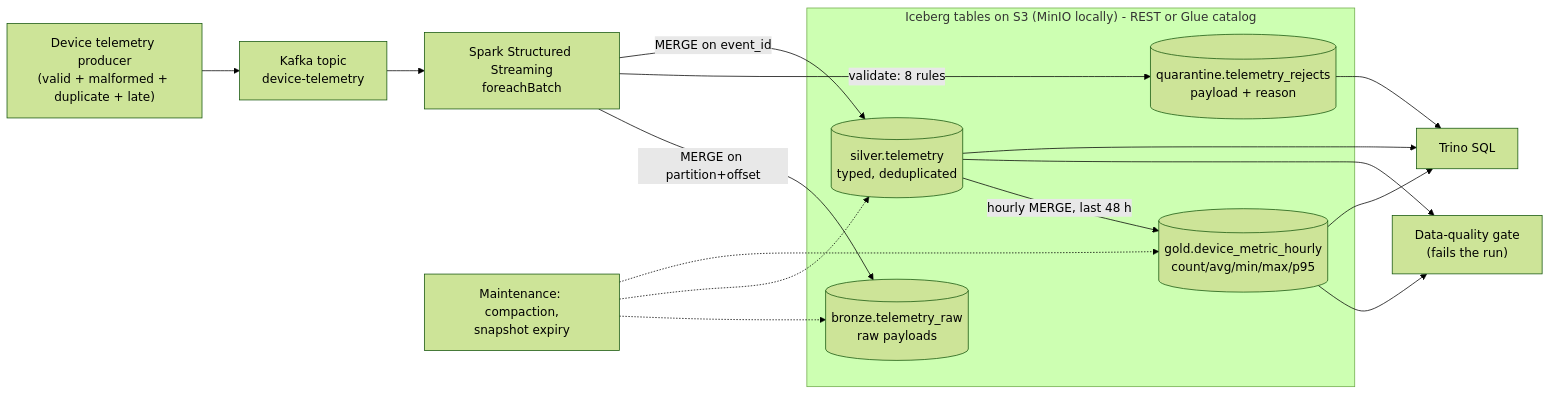
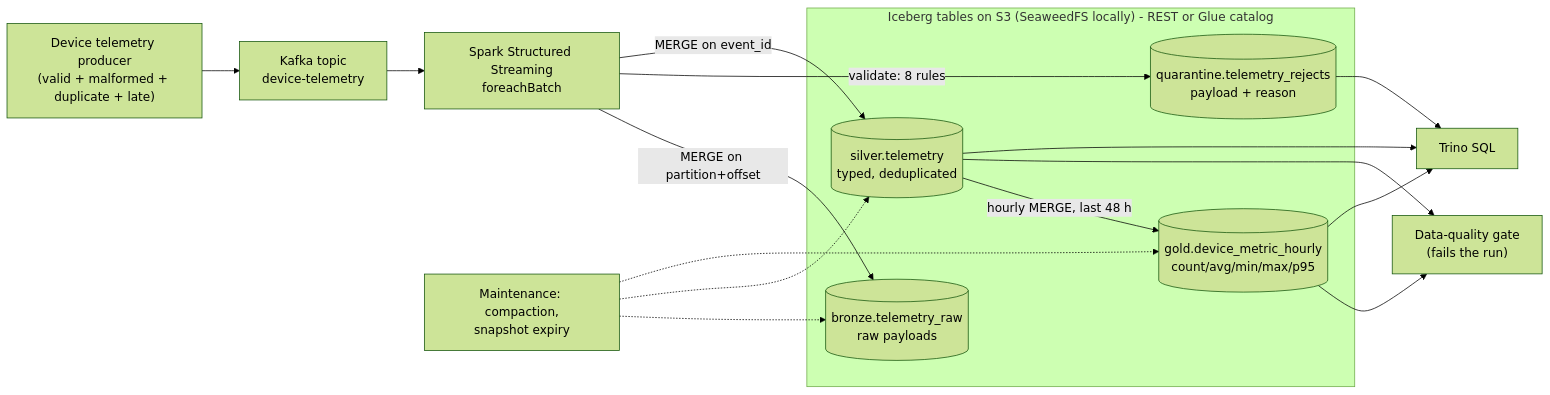
One commit to ravishekharg/streaming-data-platform changed the diagram in README.md. Above: the diagram before and after it, drawn with Mermaid (forest theme). The commit also changed other lines of this file and 7 other files, not shown here.

Commit message:
Local S3: SeaweedFS instead of MinIO (Docker Hub images withdrawn)

````diff
--- a/README.md
+++ b/README.md
@@ -12,18 +12,18 @@
 ```mermaid
 flowchart LR
   dev["Device telemetry producer<br/>(valid + malformed + duplicate + late)"] --> k["Kafka topic<br/>device-telemetry"]
   k --> ss["Spark Structured Streaming<br/>foreachBatch"]
   ss -->|"MERGE on partition+offset"| b[("bronze.telemetry_raw<br/>raw payloads")]
   ss -->|"validate: 8 rules"| q[("quarantine.telemetry_rejects<br/>payload + reason")]
   ss -->|"MERGE on event_id"| s[("silver.telemetry<br/>typed, deduplicated")]
   s -->|"hourly MERGE, last 48 h"| g[("gold.device_metric_hourly<br/>count/avg/min/max/p95")]
   s & g --> dq["Data-quality gate<br/>(fails the run)"]
   g & s & q --> t["Trino SQL"]
   m["Maintenance: compaction,<br/>snapshot expiry"] -.-> b & s & g
-  subgraph lake["Iceberg tables on S3 (MinIO locally) - REST or Glue catalog"]
+  subgraph lake["Iceberg tables on S3 (SeaweedFS locally) - REST or Glue catalog"]
     b
     q
     s
     g
   end
 ```
````
